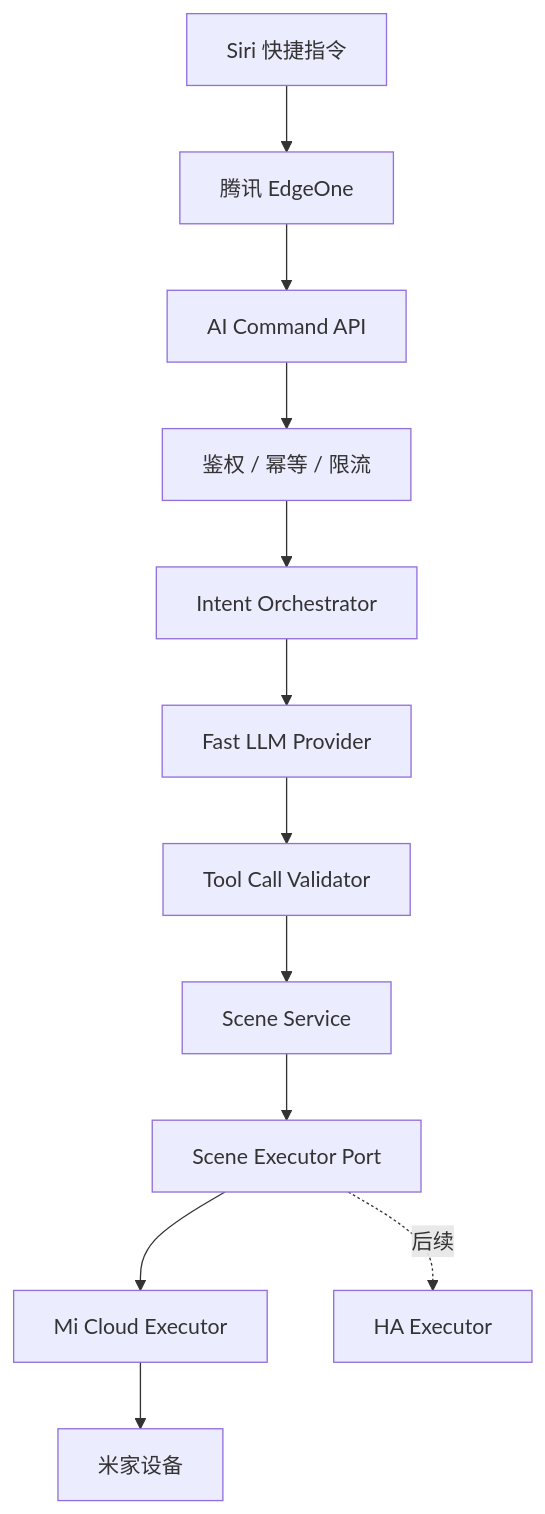
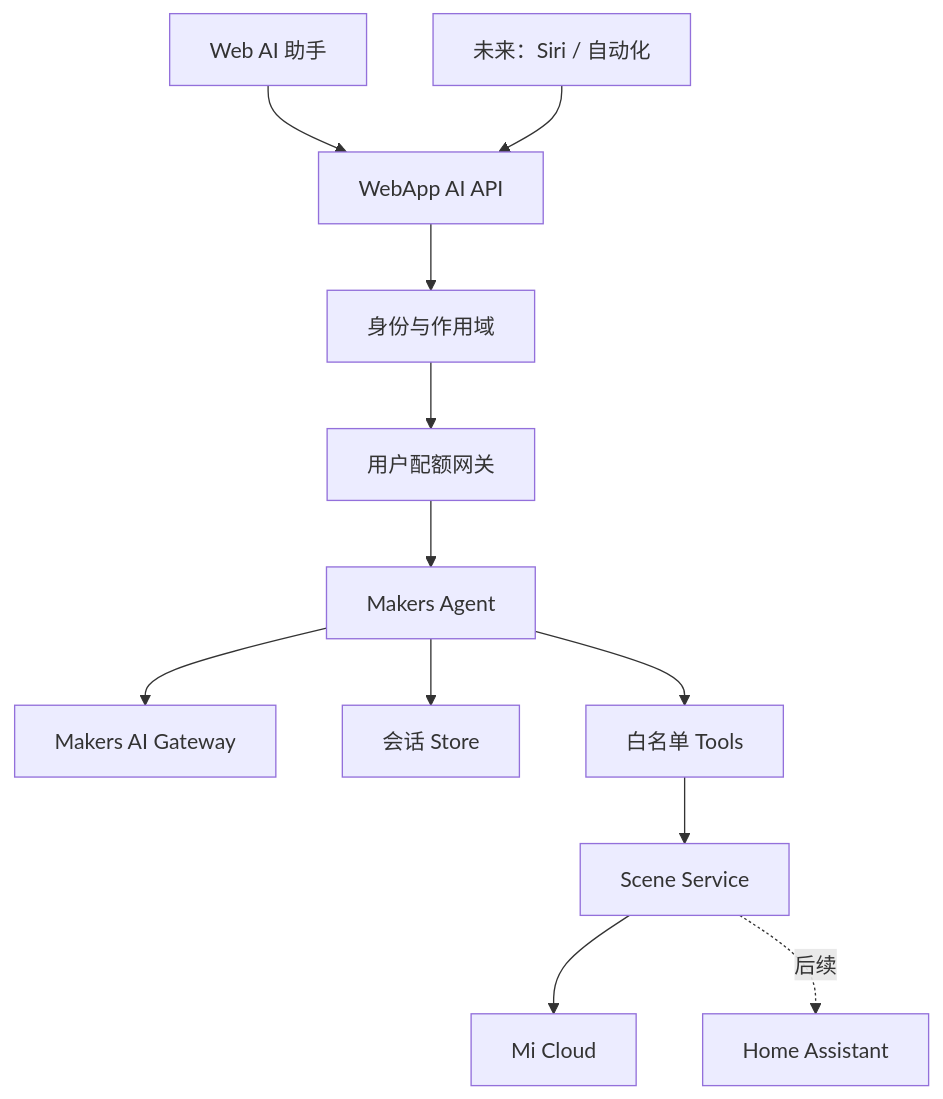
One commit to zhangys10/mijia-web-console changed the second of 14 diagrams in docs/ai-home-poc-design.md. Above: the diagram before and after it, drawn with Mermaid. The commit also changed other lines of this file, not shown here.

Commit message:
docs: redesign AI Home around Makers Agent gateway

````diff
--- a/docs/ai-home-poc-design.md
+++ b/docs/ai-home-poc-design.md
@@ -93,14 +70,17 @@
 ```mermaid
 flowchart TD
-    A["Siri 快捷指令"] --> B["腾讯 EdgeOne"]
-    B --> C["AI Command API"]
-    C --> D["鉴权 / 幂等 / 限流"]
-    D --> E["Intent Orchestrator"]
-    E --> F["Fast LLM Provider"]
-    F --> G["Tool Call Validator"]
-    G --> H["Scene Service"]
-    H --> I["Scene Executor Port"]
-    I --> J["Mi Cloud Executor"]
-    J --> K["米家设备"]
-    I -. 后续 .-> L["HA Executor"]
+    UI["Web AI 助手"] --> API["WebApp AI API"]
+    SIRI["未来：Siri / 自动化"] --> API
+
+    API --> AUTH["身份与作用域"]
+    AUTH --> QUOTA["用户配额网关"]
+    QUOTA --> AGENT["Makers Agent"]
+
+    AGENT --> GATEWAY["Makers AI Gateway"]
+    AGENT --> MEMORY["会话 Store"]
+    AGENT --> TOOLS["白名单 Tools"]
+
+    TOOLS --> SCENE["Scene Service"]
+    SCENE --> MI["Mi Cloud"]
+    SCENE -. 后续 .-> HA["Home Assistant"]
 ```
````
